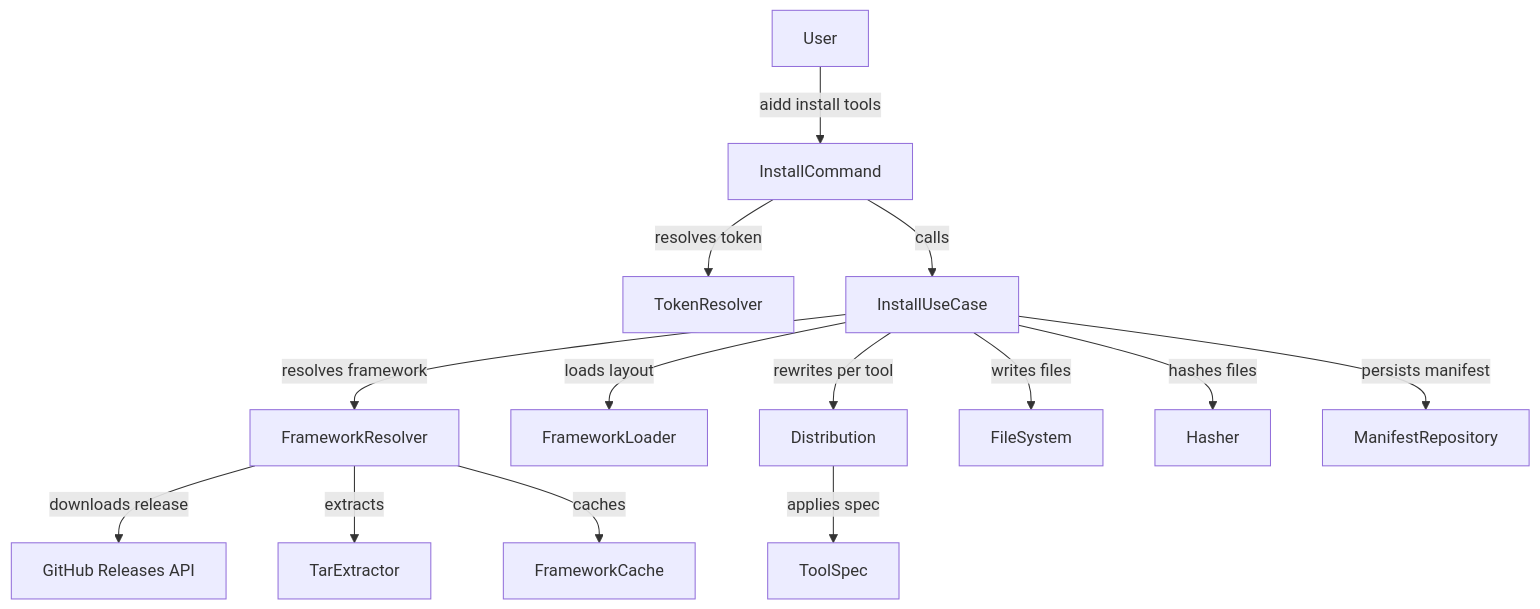
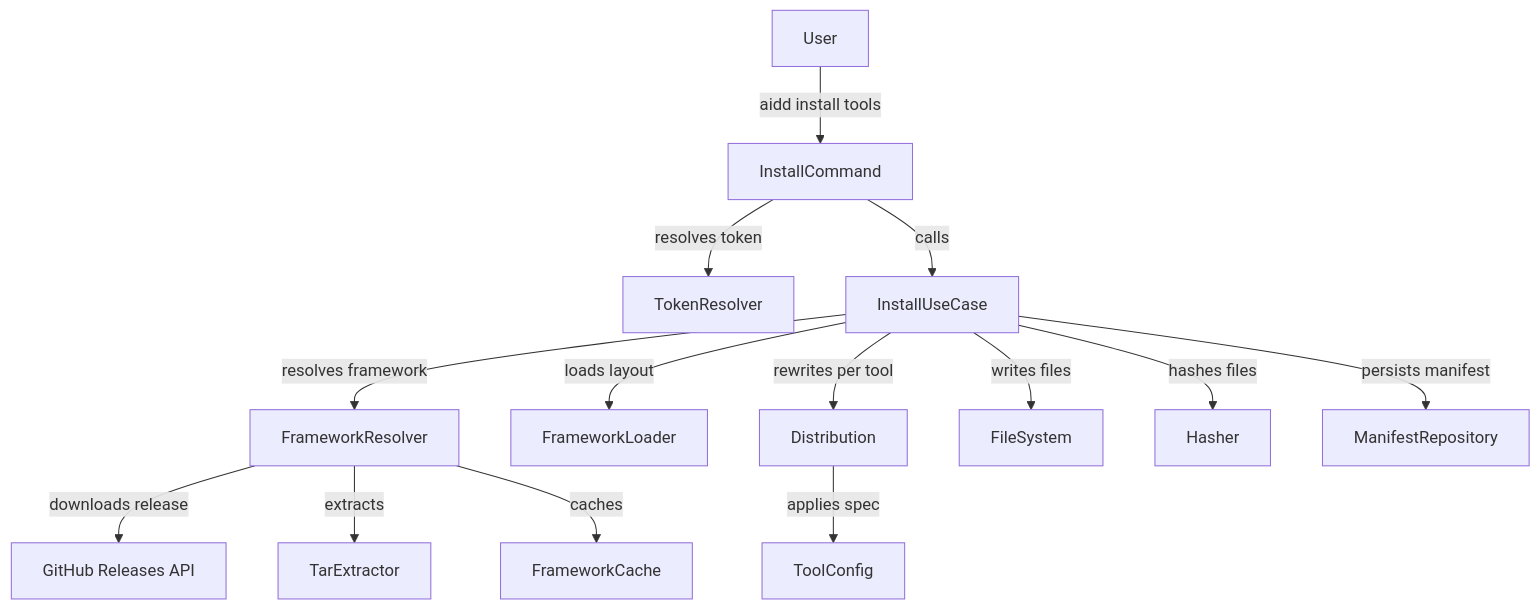
Before and after one commit to ai-driven-dev/framework: the third of 3 diagrams in aidd_docs/memory/architecture.md, drawn with Mermaid. The commit also changed other lines of this file and 5 other files, not shown here.

Commit message:
docs(memory): update architecture, testing, codebase map, and project docs

````diff
--- a/aidd_docs/memory/architecture.md
+++ b/aidd_docs/memory/architecture.md
@@ -86,16 +107,16 @@
 ```mermaid
 flowchart TD
     User["User"] -->|aidd install tools| InstallCmd["InstallCommand"]
     InstallCmd -->|resolves token| TokenRes["TokenResolver"]
     InstallCmd -->|calls| InstallUC["InstallUseCase"]
     InstallUC -->|resolves framework| FrameworkRes["FrameworkResolver"]
     FrameworkRes -->|downloads release| GH["GitHub Releases API"]
     FrameworkRes -->|extracts| Tar["TarExtractor"]
     FrameworkRes -->|caches| Cache["FrameworkCache"]
     InstallUC -->|loads layout| FrameworkLdr["FrameworkLoader"]
     InstallUC -->|rewrites per tool| Distrib["Distribution"]
-    Distrib -->|applies spec| ToolSp["ToolSpec"]
+    Distrib -->|applies spec| ToolCfg["ToolConfig"]
     InstallUC -->|writes files| FS["FileSystem"]
     InstallUC -->|hashes files| Hshr["Hasher"]
     InstallUC -->|persists manifest| ManifRepo["ManifestRepository"]
 ```
````
